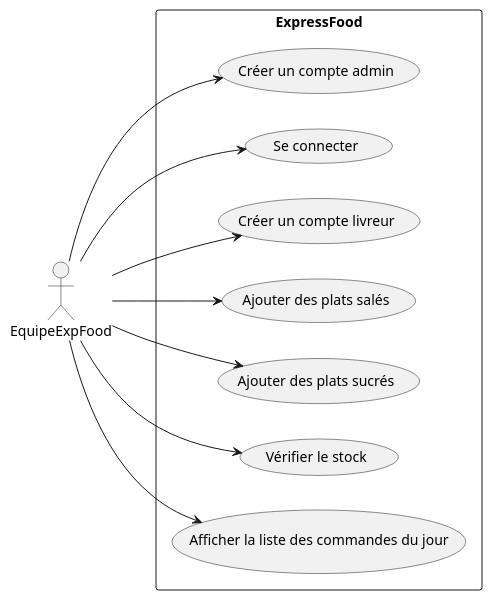
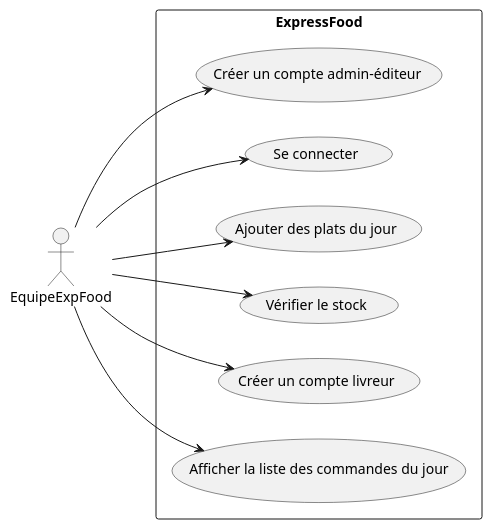
The diagram in UseCase/EquipeExpFood.puml (laurasullyalexandrine/expressfood), drawn with PlantUML before and after one commit. The commit also changed 3 other files, not shown here.

```diff
--- a/UseCase/EquipeExpFood.puml
+++ b/UseCase/EquipeExpFood.puml
@@ -2,27 +2,25 @@
 @startuml EquipeExpFood
 
 left to right direction
 
 actor "EquipeExpFood" as EquipeExpFood
 
 rectangle ExpressFood {
-  usecase "Créer un compte admin" as UC1
+  usecase "Créer un compte admin-éditeur" as UC1
   usecase "Se connecter" as UC2
-  usecase "Créer un compte livreur" as UC3
-  usecase "Ajouter des plats salés" as UC4
-  usecase "Ajouter des plats sucrés" as UC5
-  usecase "Vérifier le stock" as UC6
-  usecase "Afficher la liste des commandes du jour" as UC7
+  usecase "Ajouter des plats du jour" as UC3
+  usecase "Vérifier le stock" as UC4
+  usecase "Créer un compte livreur" as UC5
+  usecase "Afficher la liste des commandes du jour" as UC6
 }
 
 EquipeExpFood --> UC1
 EquipeExpFood --> UC2
 EquipeExpFood --> UC3
 EquipeExpFood --> UC4
 EquipeExpFood --> UC5
 EquipeExpFood --> UC6
-EquipeExpFood --> UC7
 
 
 
 @enduml
```
